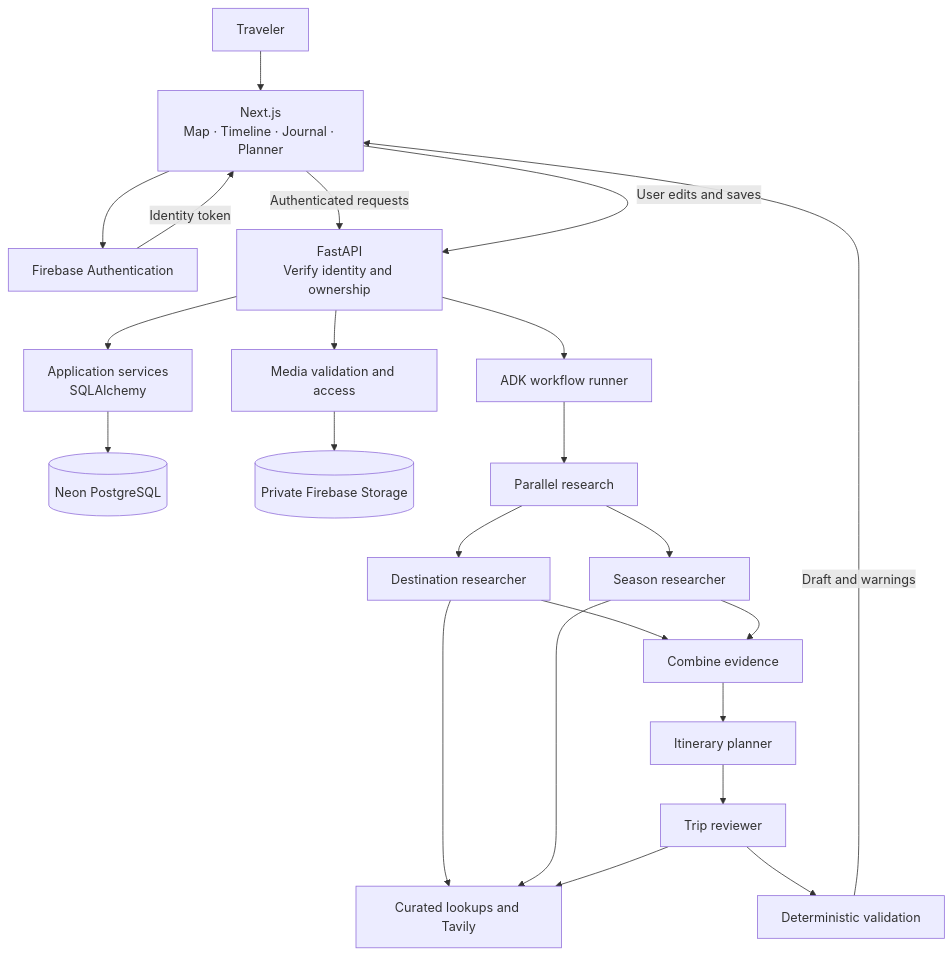
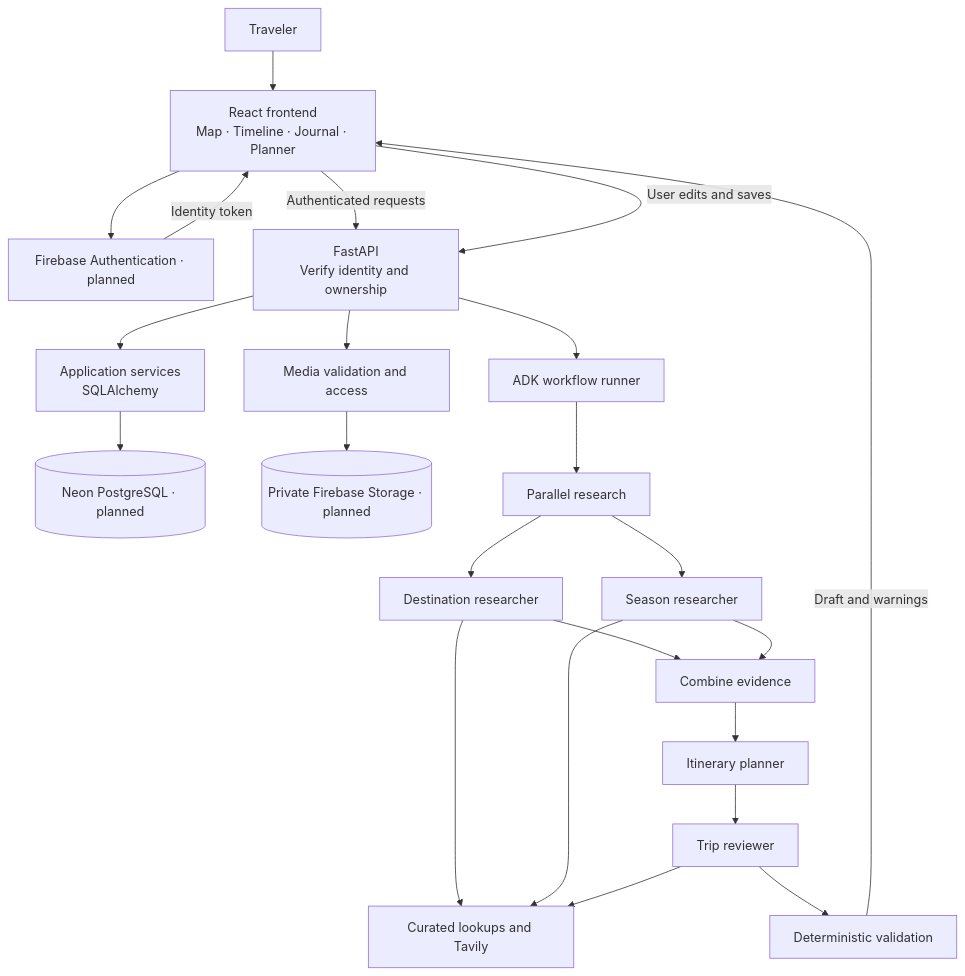
The first of 3 diagrams in agents/travelogue/README.md (aishwarya-swaminathan/open-source-agents), drawn with Mermaid before and after one commit. The commit also changed other lines of this file and 41 other files, not shown here.

````diff
--- a/agents/travelogue/README.md
+++ b/agents/travelogue/README.md
@@ -60,25 +69,25 @@
 ```mermaid
 flowchart TB
-    USER["Traveler"] --> UI["Next.js<br/>Map · Timeline · Journal · Planner"]
-    UI --> AUTH["Firebase Authentication"]
+    USER["Traveler"] --> UI["React frontend<br/>Map · Timeline · Journal · Planner"]
+    UI --> AUTH["Firebase Authentication · planned"]
     AUTH -->|"Identity token"| UI
     UI -->|"Authenticated requests"| API["FastAPI<br/>Verify identity and ownership"]
     API --> APP["Application services<br/>SQLAlchemy"]
-    APP --> DB[("Neon PostgreSQL")]
+    APP --> DB[("Neon PostgreSQL · planned")]
     API --> MEDIA["Media validation and access"]
-    MEDIA --> STORAGE[("Private Firebase Storage")]
+    MEDIA --> STORAGE[("Private Firebase Storage · planned")]
     API --> RUN["ADK workflow runner"]
     RUN --> PAR["Parallel research"]
     PAR --> DEST["Destination researcher"]
     PAR --> SEASON["Season researcher"]
     DEST --> MERGE["Combine evidence"]
     SEASON --> MERGE
     MERGE --> PLAN["Itinerary planner"]
     PLAN --> REVIEW["Trip reviewer"]
     REVIEW --> CHECK["Deterministic validation"]
     CHECK -->|"Draft and warnings"| UI
     DEST --> TOOLS["Curated lookups and Tavily"]
     SEASON --> TOOLS
     REVIEW --> TOOLS
     UI -->|"User edits and saves"| API
 ```
````
